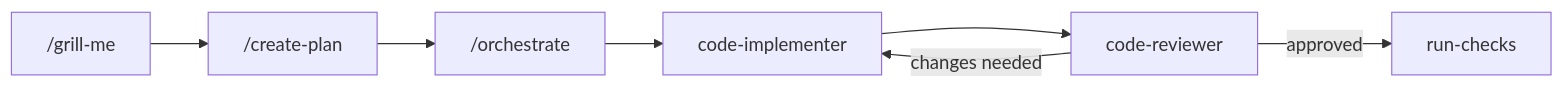
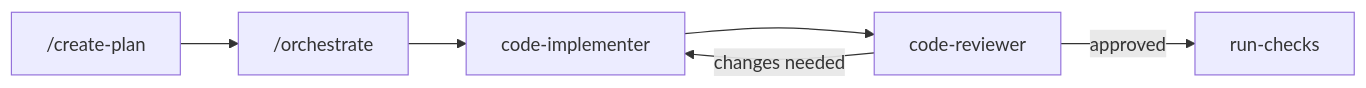
Before and after one commit to tobywise/agent-skills: the diagram in README.md, drawn with Mermaid. The commit also changed other lines of this file and 2 other files, not shown here.

Commit message:
Remove the grill-me skill
Drop the skill, its OpenCode command, and its README entries. The typical
workflow diagram now starts at /create-plan.

````diff
--- a/README.md
+++ b/README.md
@@ -74,7 +73,7 @@
 ```mermaid
 flowchart LR
-    A["/grill-me"] --> B["/create-plan"] --> C["/orchestrate"]
+    B["/create-plan"] --> C["/orchestrate"]
     C --> D["code-implementer"] --> E["code-reviewer"]
     E -- changes needed --> D
     E -- approved --> F["run-checks"]
 ```
````
